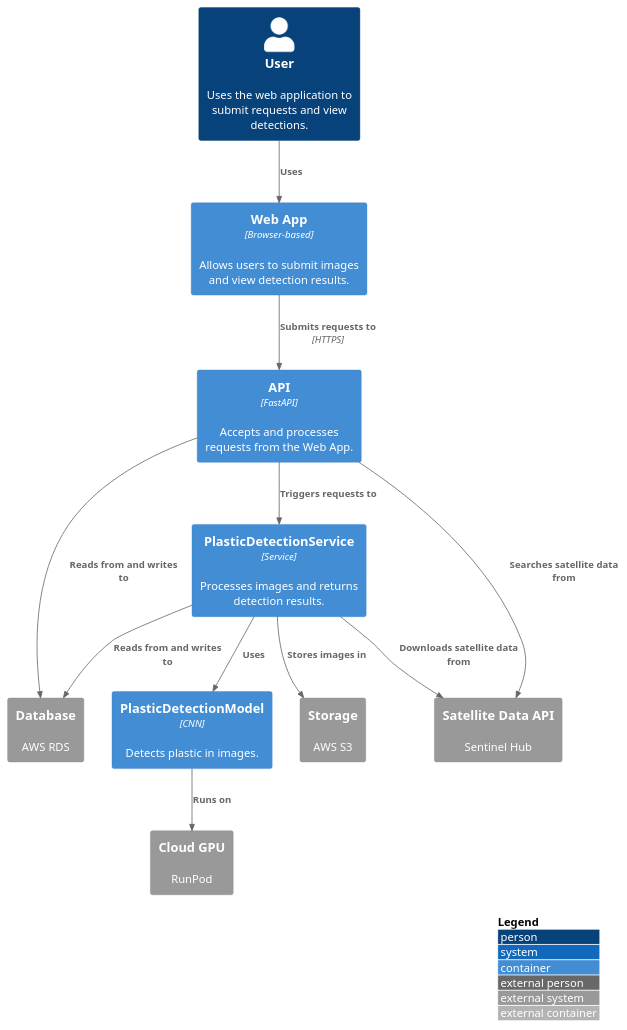
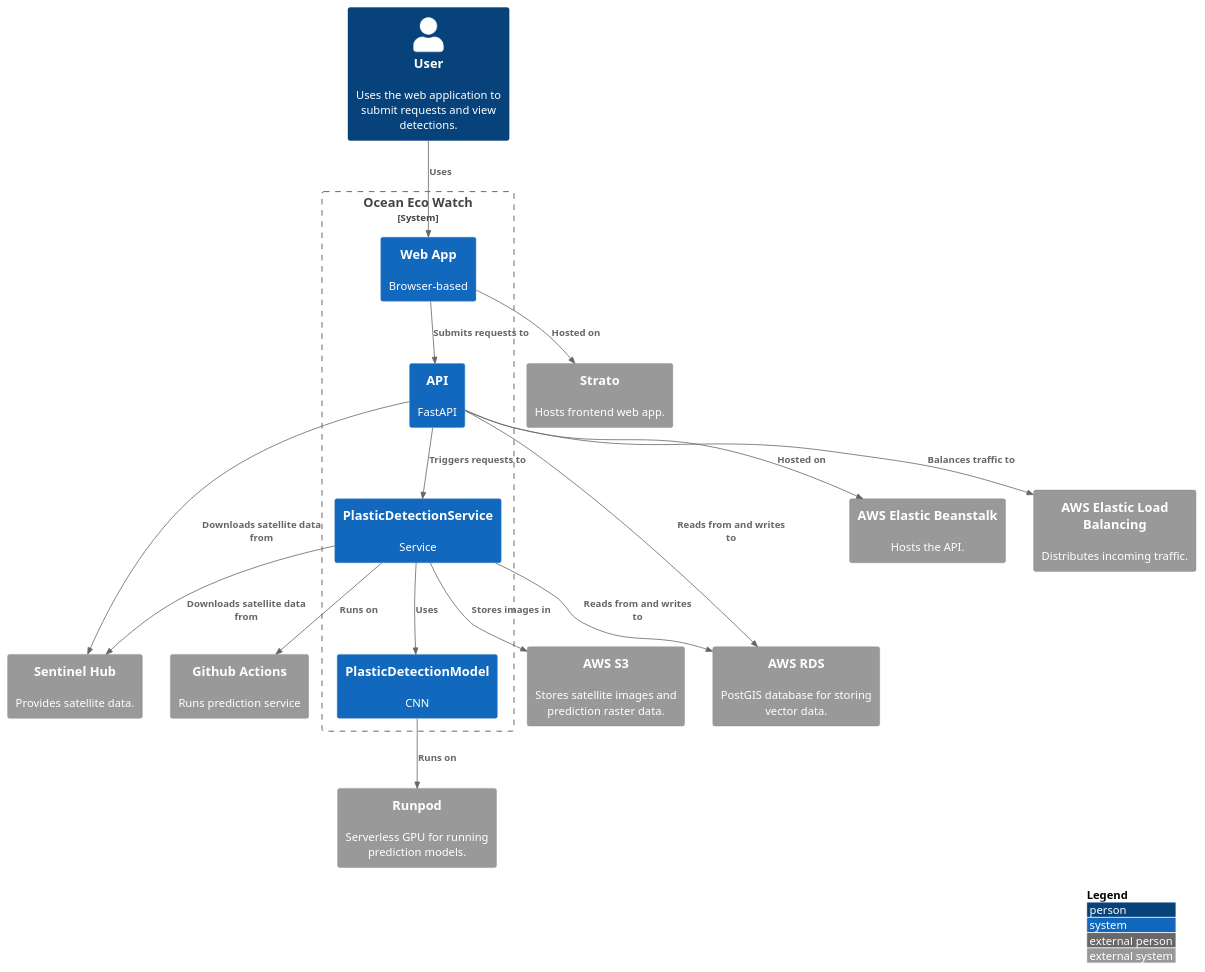
Before and after one commit to OceanEcoWatch/PlasticDetectionService: the diagram in docs/diagrams/puml/container_diagram.puml, drawn with PlantUML. The commit also changed 27 other files, not shown here.

```diff
--- a/docs/diagrams/puml/container_diagram.puml
+++ b/docs/diagrams/puml/container_diagram.puml
@@ -1,27 +1,38 @@
 @startuml container_diagram
-!include https://raw.githubusercontent.com/plantuml-stdlib/C4-PlantUML/master/C4_Container.puml
+!include https://raw.githubusercontent.com/plantuml-stdlib/C4-PlantUML/master/C4_Context.puml
 
 LAYOUT_WITH_LEGEND()
 
 Person(user, "User", "Uses the web application to submit requests and view detections.")
-Container(webApp, "Web App", "Browser-based", "Allows users to submit images and view detection results.")
-Container(api, "API", "FastAPI", "Accepts and processes requests from the Web App.")
-Container(svc, "PlasticDetectionService", "Service", "Processes images and returns detection results.")
-Container(model, "PlasticDetectionModel", "CNN", "Detects plastic in images.")
-System_Ext(sh, "Satellite Data API", "Sentinel Hub")
-System_Ext(s3, "Storage", "AWS S3")
-System_Ext(rds, "Database", "AWS RDS")
-System_Ext(runpod, "Cloud GPU", "RunPod")
+
+System_Boundary(system, "Ocean Eco Watch") {
+    System(webApp, "Web App", "Browser-based")
+    System(api, "API", "FastAPI")
+    System(svc, "PlasticDetectionService", "Service")
+    System(model, "PlasticDetectionModel", "CNN")
+}
+
+System_Ext(SentinelHub, "Sentinel Hub", "Provides satellite data.")
+System_Ext(AwsRds, "AWS RDS", "PostGIS database for storing vector data.")
+System_Ext(AwsS3, "AWS S3", "Stores satellite images and prediction raster data.")
+System_Ext(AwsElasticBeanstalk, "AWS Elastic Beanstalk", "Hosts the API.")
+System_Ext(AwsElasticLoadBalancing, "AWS Elastic Load Balancing", "Distributes incoming traffic.")
+System_Ext(Strato, "Strato", "Hosts frontend web app.")
+System_Ext(Runpod, "Runpod", "Serverless GPU for running prediction models.")
+System_Ext(GithubActions, "Github Actions", "Runs prediction service")
 
 Rel(user, webApp, "Uses")
-Rel(webApp, api, "Submits requests to", "HTTPS")
+Rel(webApp, api, "Submits requests to")
 Rel(api, svc, "Triggers requests to")
-Rel(api, sh, "Searches satellite data from")
-Rel(svc, rds, "Reads from and writes to")
+Rel(api, SentinelHub, "Downloads satellite data from")
+Rel(svc, AwsRds, "Reads from and writes to")
 Rel(svc, model, "Uses")
-Rel(svc, s3, "Stores images in")
-Rel_R(api, rds, "Reads from and writes to")
-Rel(svc, sh, "Downloads satellite data from")
-Rel(model, runpod, "Runs on")
-
+Rel(svc, AwsS3, "Stores images in")
+Rel_R(api, AwsRds, "Reads from and writes to")
+Rel(svc, SentinelHub, "Downloads satellite data from")
+Rel(model, Runpod, "Runs on")
+Rel(webApp, Strato, "Hosted on")
+Rel(api, AwsElasticBeanstalk, "Hosted on")
+Rel(api, AwsElasticLoadBalancing, "Balances traffic to")
+Rel(svc, GithubActions, "Runs on")
 @enduml
```
